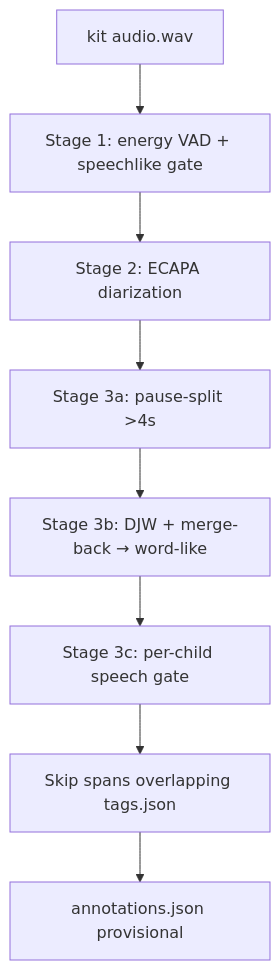
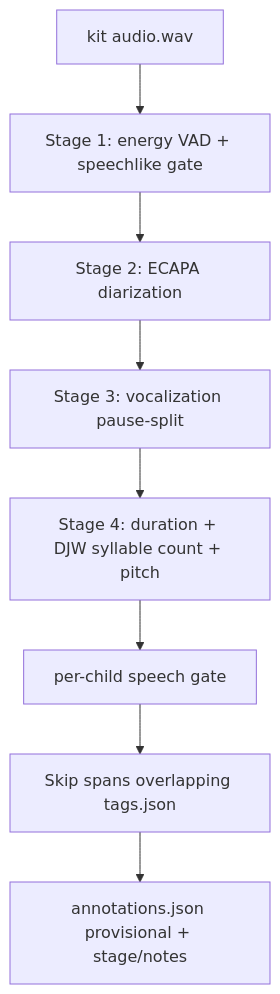
Before and after one commit to vjain89/babytalkApp: the third of 3 diagrams in docs/ARCHITECTURE.md, drawn with Mermaid. The commit also changed other lines of this file and 6 other files, not shown here.

First line of the commit message:
Ship vocalization-level Find speech labeling and fix Vocabulary Play.

````diff
--- a/docs/ARCHITECTURE.md
+++ b/docs/ARCHITECTURE.md
@@ -130,13 +130,13 @@
 ```mermaid
 flowchart TD
   audio[kit audio.wav]
   vad[Stage 1: energy VAD + speechlike gate]
   diar[Stage 2: ECAPA diarization]
-  pause[Stage 3a: pause-split >4s]
-  djw[Stage 3b: DJW + merge-back → word-like]
-  gate[Stage 3c: per-child speech gate]
+  voc[Stage 3: vocalization pause-split]
+  feats[Stage 4: duration + DJW syllable count + pitch]
+  gate[per-child speech gate]
   skip[Skip spans overlapping tags.json]
-  out[annotations.json provisional]
+  out[annotations.json provisional + stage/notes]
 
-  audio --> vad --> diar --> pause --> djw --> gate --> skip --> out
+  audio --> vad --> diar --> voc --> feats --> gate --> skip --> out
 ```
````
